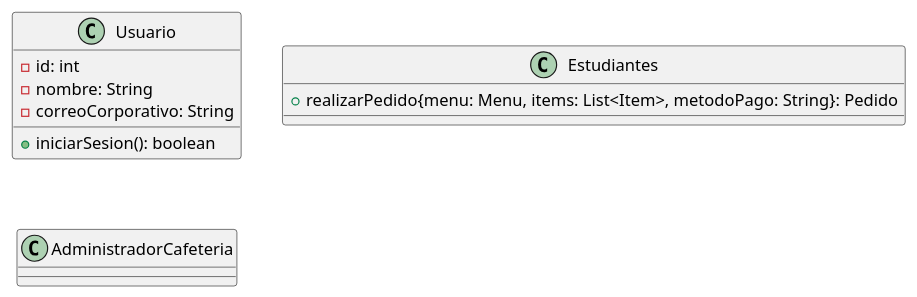
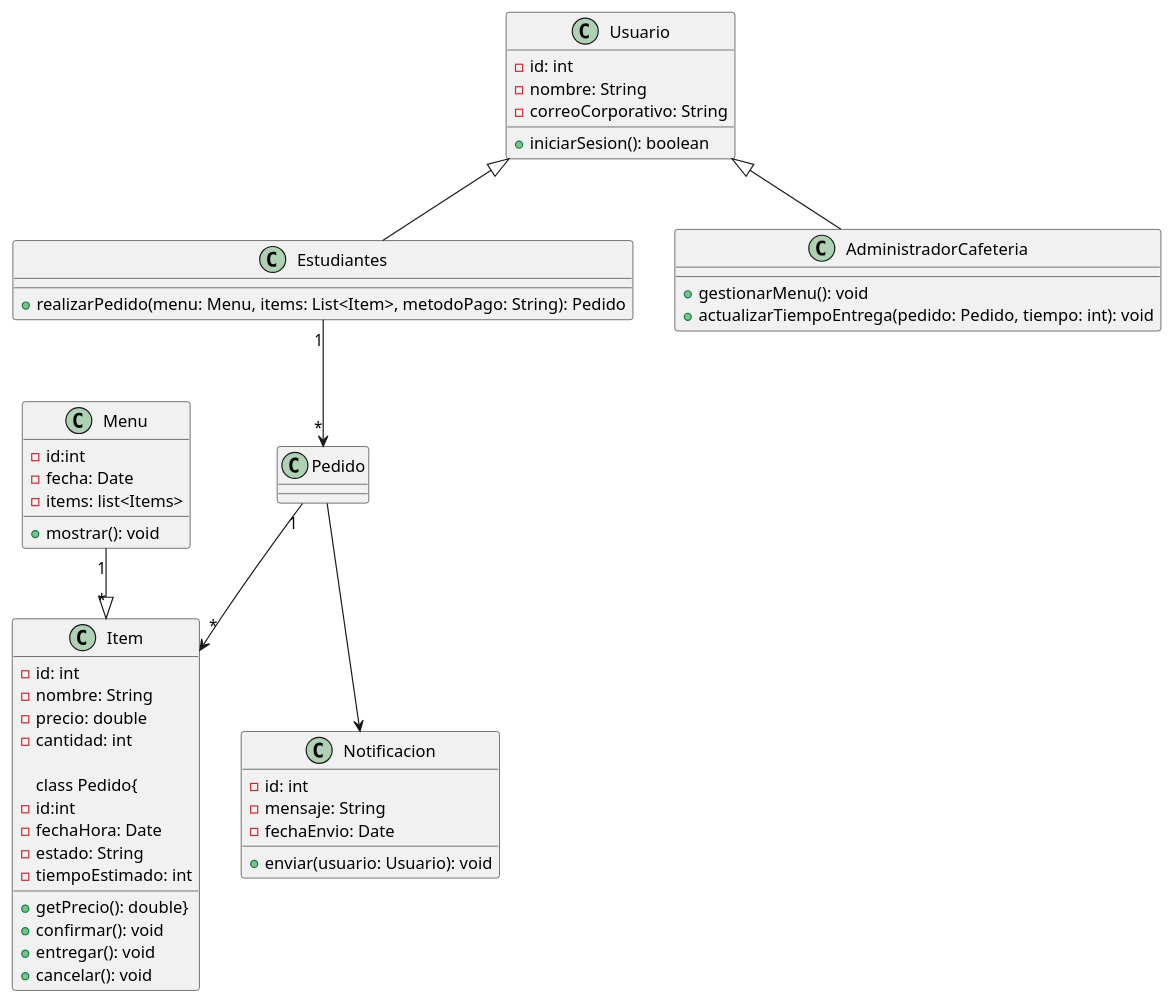
Before and after one commit to Santiagoluce/coffee-shop: the diagram in clases.plantuml, drawn with PlantUML. The commit also changed 1 other file, not shown here.

Commit message:
Se actualizo diagrama de casos de uso

```diff
--- a/clases.plantuml
+++ b/clases.plantuml
@@ -1,14 +1,57 @@
 @startuml clasescoffeeshop
 class Usuario {
     - id: int
     - nombre: String
     - correoCorporativo: String
     + iniciarSesion(): boolean
 }
 
 class Estudiantes {
-    + realizarPedido{menu: Menu, items: List<Item>, metodoPago: String}: Pedido
+    + realizarPedido(menu: Menu, items: List<Item>, metodoPago: String): Pedido
 }
 
-class AdministradorCafeteria {}
+class AdministradorCafeteria{
+    + gestionarMenu(): void
+    + actualizarTiempoEntrega(pedido: Pedido, tiempo: int): void
+}
+
+
+class Menu{
+    - id:int
+    - fecha: Date
+    - items: list<Items>
+    + mostrar(): void
+}
+
+class Item{
+    -id: int
+    -nombre: String
+    -precio: double
+    -cantidad: int
+    +getPrecio(): double}
+
+class Pedido{
+    - id:int
+    - fechaHora: Date
+    - estado: String
+    - tiempoEstimado: int
+    + confirmar(): void
+    + entregar(): void
+    + cancelar(): void
+}
+
+class Notificacion{
+    - id: int
+    - mensaje: String
+    - fechaEnvio: Date
+    + enviar(usuario: Usuario): void
+}
+
+Usuario <|-- Estudiantes
+Usuario <|-- AdministradorCafeteria
+Menu "1" --|> "*"Item
+Estudiantes "1" --> "*" Pedido
+Pedido "1" --> "*" Item
+Pedido --> Notificacion
+
 @enduml
```
